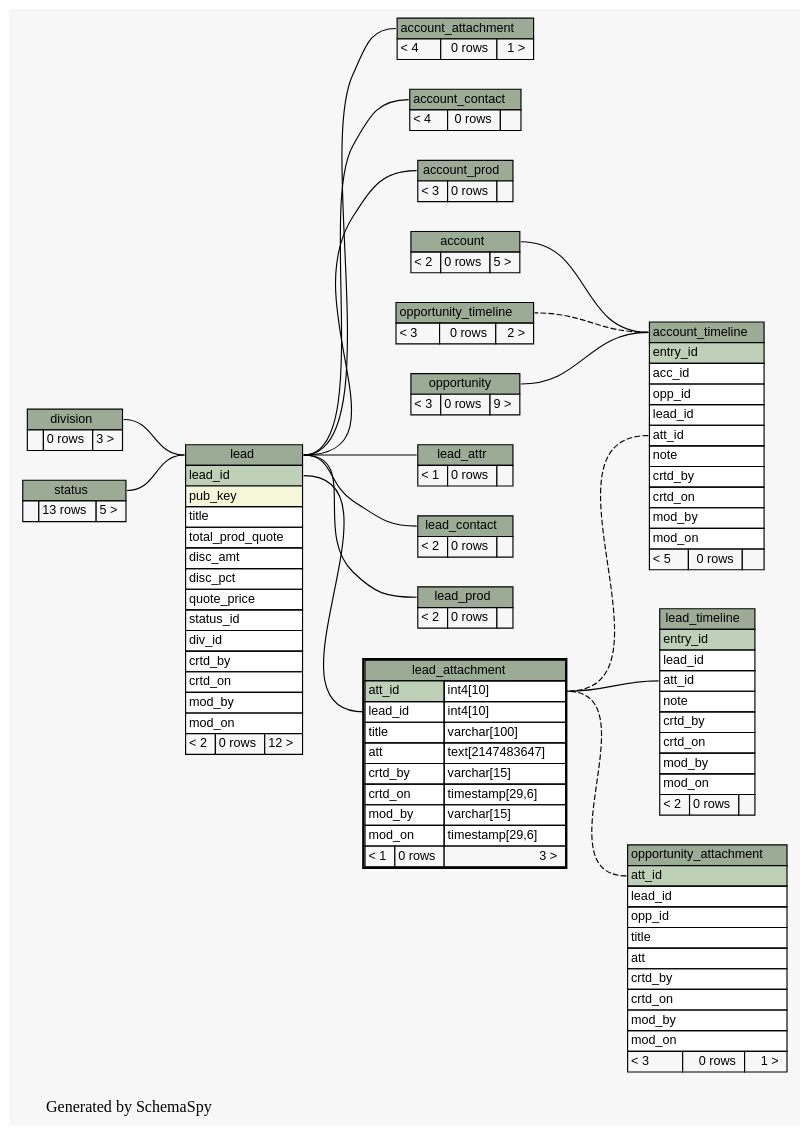
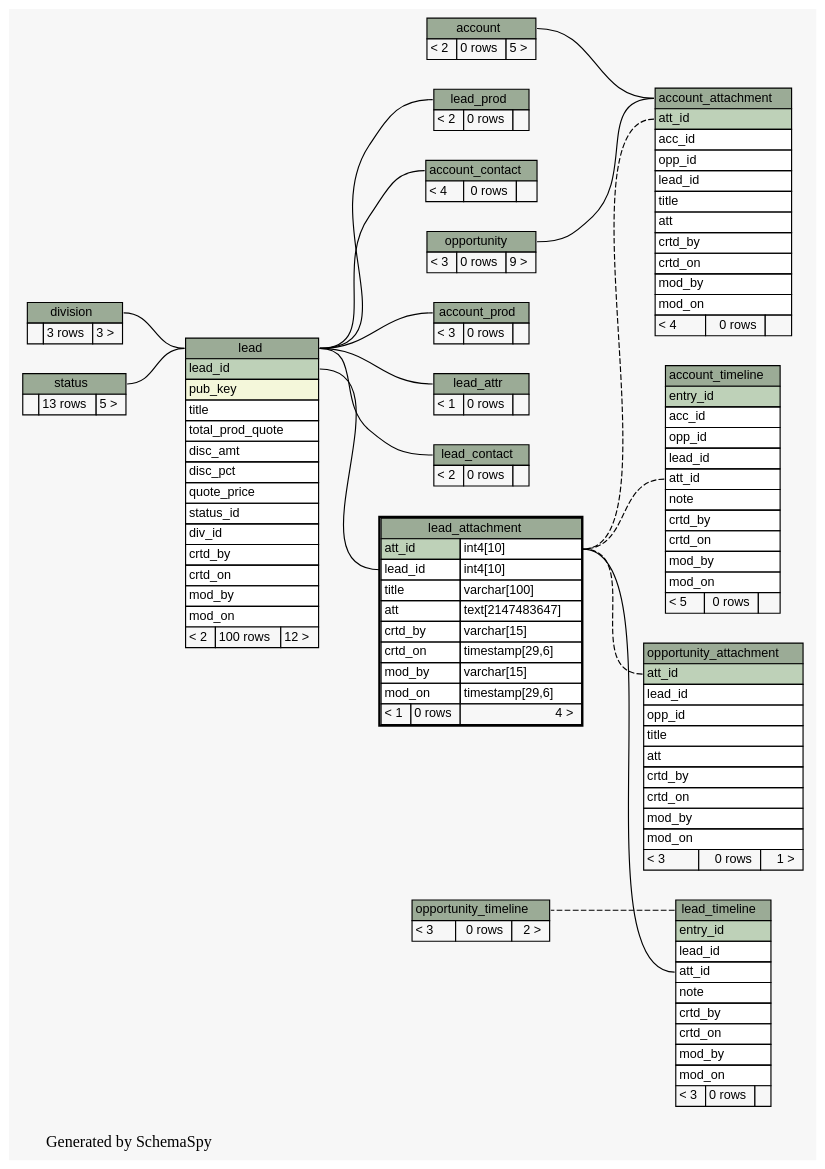
Before and after one commit to engineerscraft/salesforce: the diagram in docs/database/schemaspy/graphs/lead_attachment.implied2degrees.dot, drawn with Graphviz. The commit also changed 180 other files, not shown here.

```diff
--- a/docs/database/schemaspy/graphs/lead_attachment.implied2degrees.dot
+++ b/docs/database/schemaspy/graphs/lead_attachment.implied2degrees.dot
@@ -14,13 +14,12 @@
   edge [
     arrowsize="0.8"
   ];
-  "account_attachment":"account_attachment.heading":w -> "lead":"lead.heading":e [arrowtail=crowodot arrowhead=none];
+  "account_attachment":"account_attachment.heading":w -> "account":"account.heading":e [arrowtail=crowtee arrowhead=none];
+  "account_attachment":"att_id":w -> "lead_attachment":"att_id.type":e [arrowtail=tee arrowhead=none style=dashed];
+  "account_attachment":"account_attachment.heading":w -> "opportunity":"opportunity.heading":e [arrowtail=crowodot arrowhead=none];
   "account_contact":"account_contact.heading":w -> "lead":"lead.heading":e [arrowtail=crowtee arrowhead=none];
   "account_prod":"account_prod.heading":w -> "lead":"lead.heading":e [arrowtail=crowtee arrowhead=none];
-  "account_timeline":"account_timeline.heading":w -> "account":"account.heading":e [arrowtail=crowtee arrowhead=none];
   "account_timeline":"att_id":w -> "lead_attachment":"att_id.type":e [arrowtail=crowodot arrowhead=none style=dashed];
-  "account_timeline":"account_timeline.heading":w -> "opportunity_timeline":"opportunity_timeline.heading":e [arrowtail=tee arrowhead=none style=dashed];
-  "account_timeline":"account_timeline.heading":w -> "opportunity":"opportunity.heading":e [arrowtail=crowodot arrowhead=none];
   "lead":"lead.heading":w -> "division":"division.heading":e [arrowtail=crowtee arrowhead=none];
   "lead":"lead.heading":w -> "status":"status.heading":e [arrowtail=crowtee arrowhead=none];
   "lead_attachment":"lead_id":w -> "lead":"lead_id":e [arrowtail=crowtee arrowhead=none];
@@ -28,6 +27,7 @@
   "lead_contact":"lead_contact.heading":w -> "lead":"lead.heading":e [arrowtail=crowtee arrowhead=none];
   "lead_prod":"lead_prod.heading":w -> "lead":"lead.heading":e [arrowtail=crowtee arrowhead=none];
   "lead_timeline":"att_id":w -> "lead_attachment":"att_id.type":e [arrowtail=crowodot arrowhead=none];
+  "lead_timeline":"lead_timeline.heading":w -> "opportunity_timeline":"opportunity_timeline.heading":e [arrowtail=tee arrowhead=none style=dashed];
   "opportunity_attachment":"att_id":w -> "lead_attachment":"att_id.type":e [arrowtail=tee arrowhead=none style=dashed];
   "account" [
     label=<
@@ -42,7 +42,17 @@
     label=<
     <TABLE BORDER="0" CELLBORDER="1" CELLSPACING="0" BGCOLOR="#ffffff">
       <TR><TD PORT="account_attachment.heading" COLSPAN="3" BGCOLOR="#9bab96" ALIGN="CENTER">account_attachment</TD></TR>
-      <TR><TD ALIGN="LEFT" BGCOLOR="#f7f7f7">&lt; 4</TD><TD ALIGN="RIGHT" BGCOLOR="#f7f7f7">0 rows</TD><TD ALIGN="RIGHT" BGCOLOR="#f7f7f7">1 &gt;</TD></TR>
+      <TR><TD PORT="att_id" COLSPAN="3" BGCOLOR="#bed1b8" ALIGN="LEFT">att_id</TD></TR>
+      <TR><TD PORT="acc_id" COLSPAN="3" ALIGN="LEFT">acc_id</TD></TR>
+      <TR><TD PORT="opp_id" COLSPAN="3" ALIGN="LEFT">opp_id</TD></TR>
+      <TR><TD PORT="lead_id" COLSPAN="3" ALIGN="LEFT">lead_id</TD></TR>
+      <TR><TD PORT="title" COLSPAN="3" ALIGN="LEFT">title</TD></TR>
+      <TR><TD PORT="att" COLSPAN="3" ALIGN="LEFT">att</TD></TR>
+      <TR><TD PORT="crtd_by" COLSPAN="3" ALIGN="LEFT">crtd_by</TD></TR>
+      <TR><TD PORT="crtd_on" COLSPAN="3" ALIGN="LEFT">crtd_on</TD></TR>
+      <TR><TD PORT="mod_by" COLSPAN="3" ALIGN="LEFT">mod_by</TD></TR>
+      <TR><TD PORT="mod_on" COLSPAN="3" ALIGN="LEFT">mod_on</TD></TR>
+      <TR><TD ALIGN="LEFT" BGCOLOR="#f7f7f7">&lt; 4</TD><TD ALIGN="RIGHT" BGCOLOR="#f7f7f7">0 rows</TD><TD ALIGN="RIGHT" BGCOLOR="#f7f7f7">  </TD></TR>
     </TABLE>>
     URL="account_attachment.html#graph"
     tooltip="account_attachment"
@@ -88,7 +98,7 @@
     label=<
     <TABLE BORDER="0" CELLBORDER="1" CELLSPACING="0" BGCOLOR="#ffffff">
       <TR><TD PORT="division.heading" COLSPAN="3" BGCOLOR="#9bab96" ALIGN="CENTER">division</TD></TR>
-      <TR><TD ALIGN="LEFT" BGCOLOR="#f7f7f7">  </TD><TD ALIGN="RIGHT" BGCOLOR="#f7f7f7">0 rows</TD><TD ALIGN="RIGHT" BGCOLOR="#f7f7f7">3 &gt;</TD></TR>
+      <TR><TD ALIGN="LEFT" BGCOLOR="#f7f7f7">  </TD><TD ALIGN="RIGHT" BGCOLOR="#f7f7f7">3 rows</TD><TD ALIGN="RIGHT" BGCOLOR="#f7f7f7">3 &gt;</TD></TR>
     </TABLE>>
     URL="division.html#graph"
     tooltip="division"
@@ -110,7 +120,7 @@
       <TR><TD PORT="crtd_on" COLSPAN="3" ALIGN="LEFT">crtd_on</TD></TR>
       <TR><TD PORT="mod_by" COLSPAN="3" ALIGN="LEFT">mod_by</TD></TR>
       <TR><TD PORT="mod_on" COLSPAN="3" ALIGN="LEFT">mod_on</TD></TR>
-      <TR><TD ALIGN="LEFT" BGCOLOR="#f7f7f7">&lt; 2</TD><TD ALIGN="RIGHT" BGCOLOR="#f7f7f7">0 rows</TD><TD ALIGN="RIGHT" BGCOLOR="#f7f7f7">12 &gt;</TD></TR>
+      <TR><TD ALIGN="LEFT" BGCOLOR="#f7f7f7">&lt; 2</TD><TD ALIGN="RIGHT" BGCOLOR="#f7f7f7">100 rows</TD><TD ALIGN="RIGHT" BGCOLOR="#f7f7f7">12 &gt;</TD></TR>
     </TABLE>>
     URL="lead.html#graph"
     tooltip="lead"
@@ -127,7 +137,7 @@
       <TR><TD PORT="crtd_on" COLSPAN="2" ALIGN="LEFT">crtd_on</TD><TD PORT="crtd_on.type" ALIGN="LEFT">timestamp[29,6]</TD></TR>
       <TR><TD PORT="mod_by" COLSPAN="2" ALIGN="LEFT">mod_by</TD><TD PORT="mod_by.type" ALIGN="LEFT">varchar[15]</TD></TR>
       <TR><TD PORT="mod_on" COLSPAN="2" ALIGN="LEFT">mod_on</TD><TD PORT="mod_on.type" ALIGN="LEFT">timestamp[29,6]</TD></TR>
-      <TR><TD ALIGN="LEFT" BGCOLOR="#f7f7f7">&lt; 1</TD><TD ALIGN="RIGHT" BGCOLOR="#f7f7f7">0 rows</TD><TD ALIGN="RIGHT" BGCOLOR="#f7f7f7">3 &gt;</TD></TR>
+      <TR><TD ALIGN="LEFT" BGCOLOR="#f7f7f7">&lt; 1</TD><TD ALIGN="RIGHT" BGCOLOR="#f7f7f7">0 rows</TD><TD ALIGN="RIGHT" BGCOLOR="#f7f7f7">4 &gt;</TD></TR>
     </TABLE>>
     URL="lead_attachment.html#"
     tooltip="lead_attachment"
@@ -171,7 +181,7 @@
       <TR><TD PORT="crtd_on" COLSPAN="3" ALIGN="LEFT">crtd_on</TD></TR>
       <TR><TD PORT="mod_by" COLSPAN="3" ALIGN="LEFT">mod_by</TD></TR>
       <TR><TD PORT="mod_on" COLSPAN="3" ALIGN="LEFT">mod_on</TD></TR>
-      <TR><TD ALIGN="LEFT" BGCOLOR="#f7f7f7">&lt; 2</TD><TD ALIGN="RIGHT" BGCOLOR="#f7f7f7">0 rows</TD><TD ALIGN="RIGHT" BGCOLOR="#f7f7f7">  </TD></TR>
+      <TR><TD ALIGN="LEFT" BGCOLOR="#f7f7f7">&lt; 3</TD><TD ALIGN="RIGHT" BGCOLOR="#f7f7f7">0 rows</TD><TD ALIGN="RIGHT" BGCOLOR="#f7f7f7">  </TD></TR>
     </TABLE>>
     URL="lead_timeline.html#graph"
     tooltip="lead_timeline"
```
